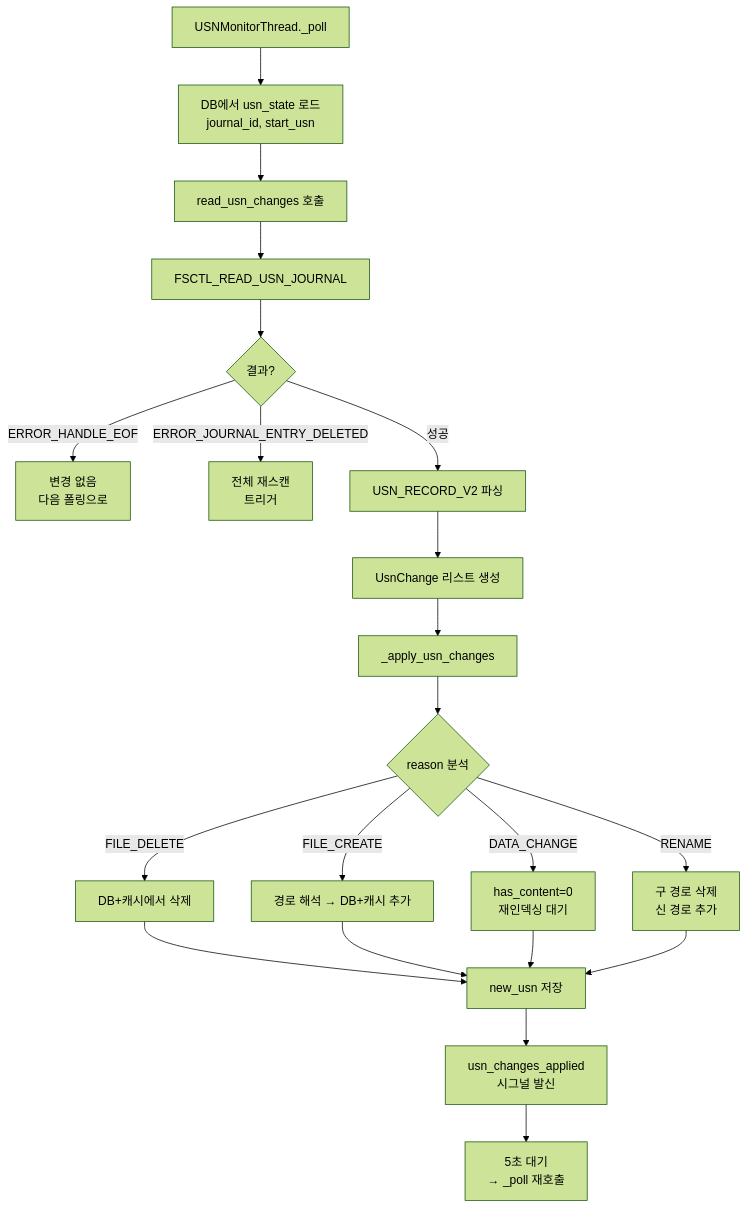
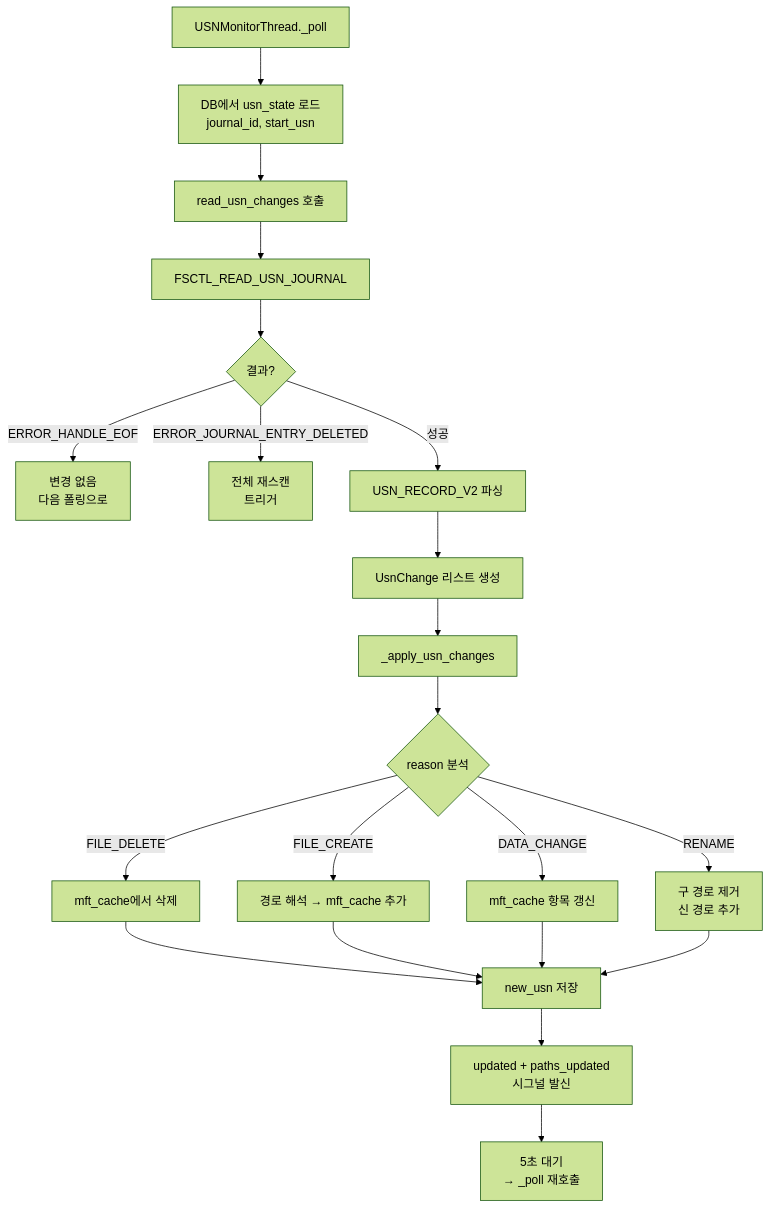
One commit to gbtfrw-crypto/SeekSeek changed the third of 6 diagrams in docs/lectures/08_build_distribution.md. Above: the diagram before and after it, drawn with Mermaid (forest theme). The commit also changed 13 other files, not shown here.

````diff
--- a/docs/lectures/08_build_distribution.md
+++ b/docs/lectures/08_build_distribution.md
@@ -138,23 +138,23 @@
 ```mermaid
 flowchart TD
     A[USNMonitorThread._poll] --> B[DB에서 usn_state 로드\njournal_id, start_usn]
     B --> C[read_usn_changes 호출]
     C --> D[FSCTL_READ_USN_JOURNAL]
     D --> E{결과?}
     E -- "ERROR_HANDLE_EOF" --> F[변경 없음\n다음 폴링으로]
     E -- "ERROR_JOURNAL_ENTRY_DELETED" --> G[전체 재스캔\n트리거]
     E -- "성공" --> H[USN_RECORD_V2 파싱]
     H --> I[UsnChange 리스트 생성]
     I --> J[_apply_usn_changes]
     J --> K{reason 분석}
-    K -- FILE_DELETE --> L[DB+캐시에서 삭제]
-    K -- FILE_CREATE --> M[경로 해석 → DB+캐시 추가]
-    K -- DATA_CHANGE --> N[has_content=0\n재인덱싱 대기]
-    K -- RENAME --> O[구 경로 삭제\n신 경로 추가]
+    K -- FILE_DELETE --> L[mft_cache에서 삭제]
+    K -- FILE_CREATE --> M[경로 해석 → mft_cache 추가]
+    K -- DATA_CHANGE --> N[mft_cache 항목 갱신]
+    K -- RENAME --> O[구 경로 제거\n신 경로 추가]
     L --> P[new_usn 저장]
     M --> P
     N --> P
     O --> P
-    P --> Q[usn_changes_applied\n시그널 발신]
+    P --> Q[updated + paths_updated\n시그널 발신]
     Q --> R[5초 대기\n→ _poll 재호출]
 ```
````
